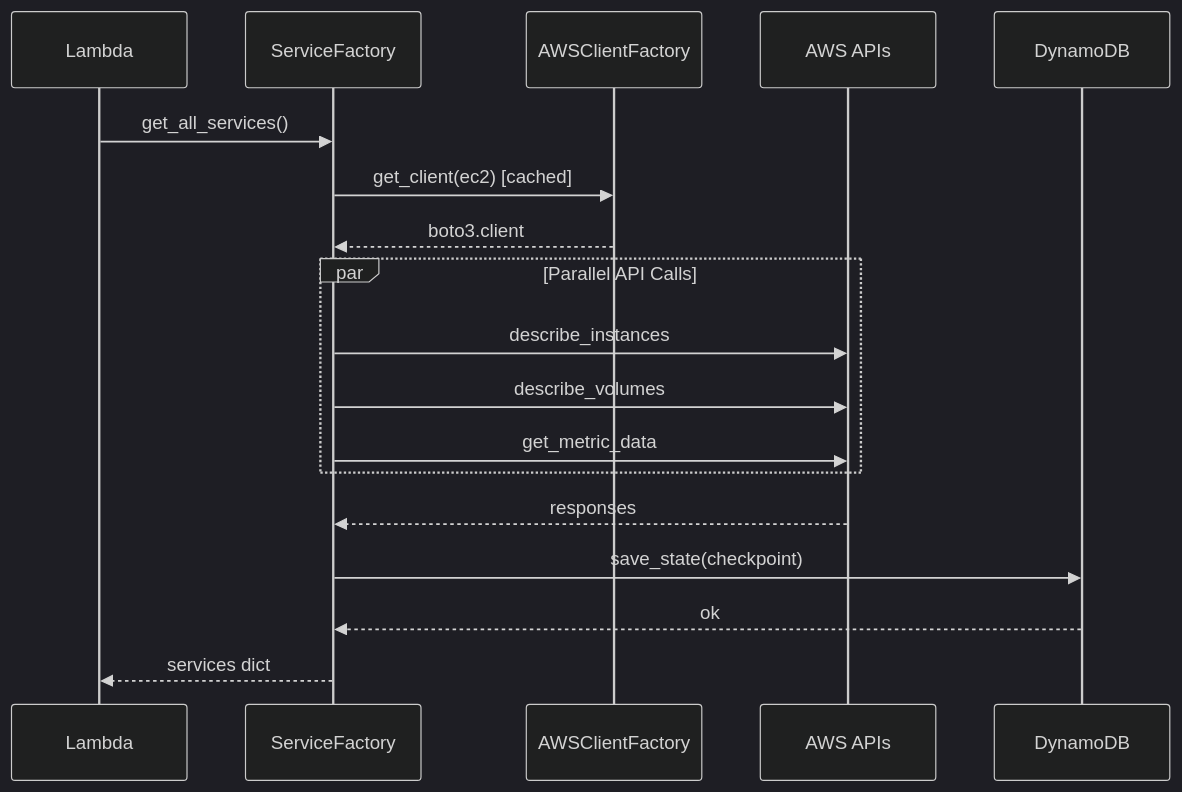
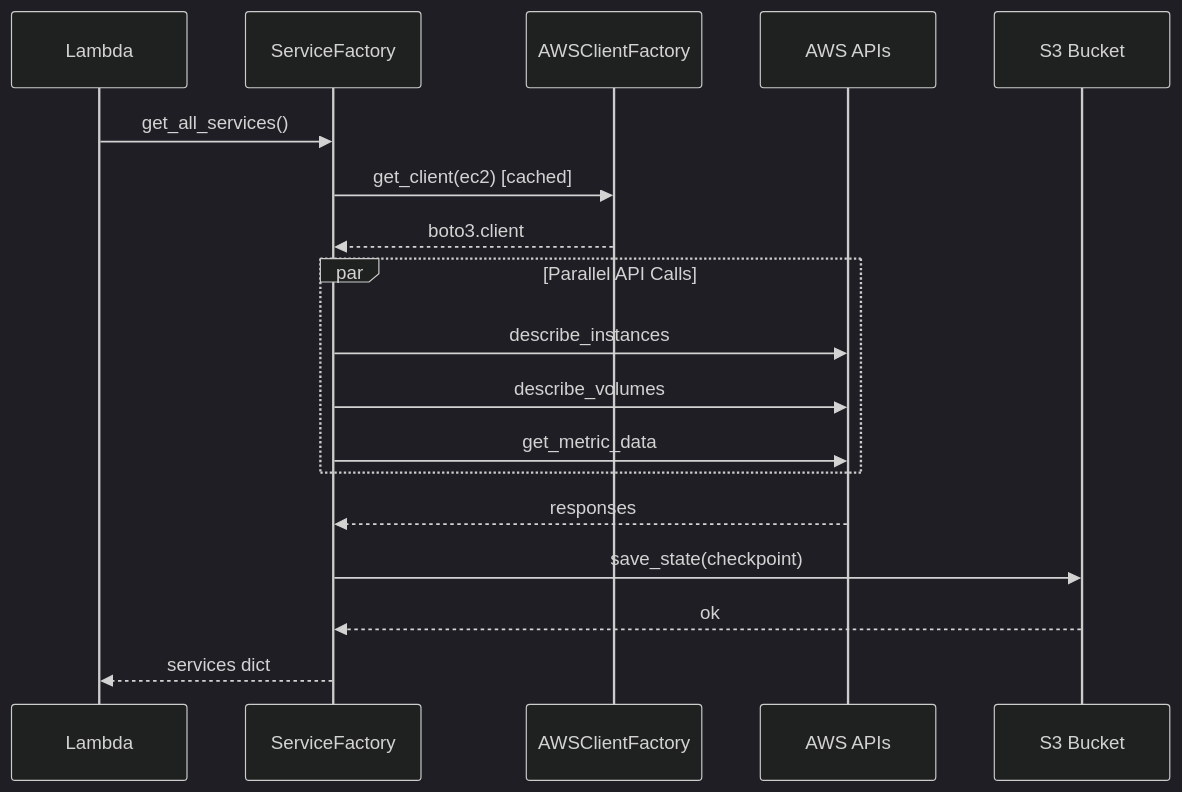
Before and after one commit to FELIPEACASTRO/finops-aws-bdr: diagram 15 of 15 in docs/TECHNICAL_GUIDE.md, drawn with Mermaid (dark theme). The commit also changed other lines of this file and 4 other files, not shown here.

````diff
--- a/docs/TECHNICAL_GUIDE.md
+++ b/docs/TECHNICAL_GUIDE.md
@@ -1446,23 +1453,23 @@
 ```mermaid
 sequenceDiagram
     participant L as Lambda
     participant F as ServiceFactory
     participant C as AWSClientFactory
     participant AWS as AWS APIs
-    participant D as DynamoDB
+    participant S3 as S3 Bucket
     
     L->>F: get_all_services()
     F->>C: get_client(ec2) [cached]
     C-->>F: boto3.client
     
     par Parallel API Calls
         F->>AWS: describe_instances
         F->>AWS: describe_volumes
         F->>AWS: get_metric_data
     end
     
     AWS-->>F: responses
-    F->>D: save_state(checkpoint)
-    D-->>F: ok
+    F->>S3: save_state(checkpoint)
+    S3-->>F: ok
     F-->>L: services dict
 ```
````
